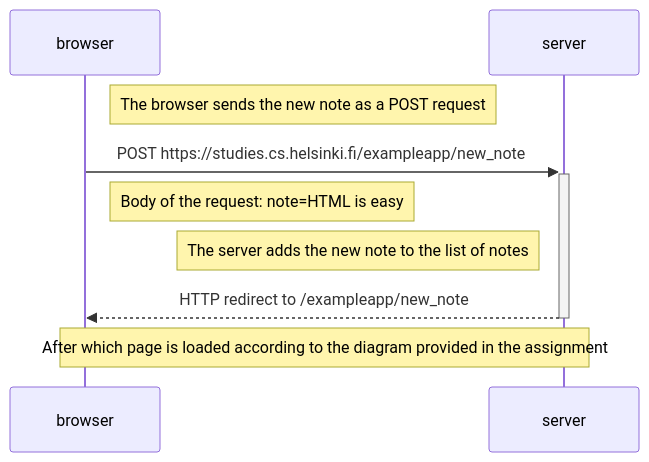
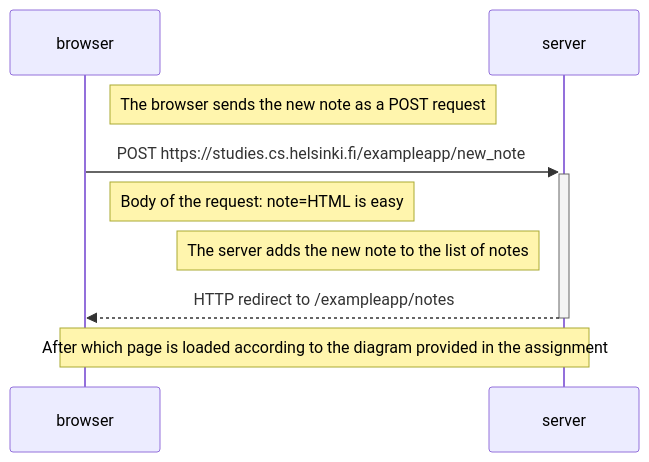
The second of 2 diagrams in part0/new_note_diagram.md (jonsetzky/fullstackopen), drawn with Mermaid before and after one commit. The commit also changed other lines of this file, not shown here.

````diff
--- a/part0/new_note_diagram.md
+++ b/part0/new_note_diagram.md
@@ -31,14 +35,14 @@
 ```mermaid
 sequenceDiagram
     participant browser
     participant server
 
     Note right of browser: The browser sends the new note as a POST request
     browser->>+server: POST https://studies.cs.helsinki.fi/exampleapp/new_note
     Note right of browser: Body of the request: note=HTML is easy
 
     Note left of server: The server adds the new note to the list of notes
-    server-->>-browser: HTTP redirect to /exampleapp/new_note
+    server-->>-browser: HTTP redirect to /exampleapp/notes
 
     Note over browser, server: After which page is loaded according to the diagram provided in the assignment
 ```
````
